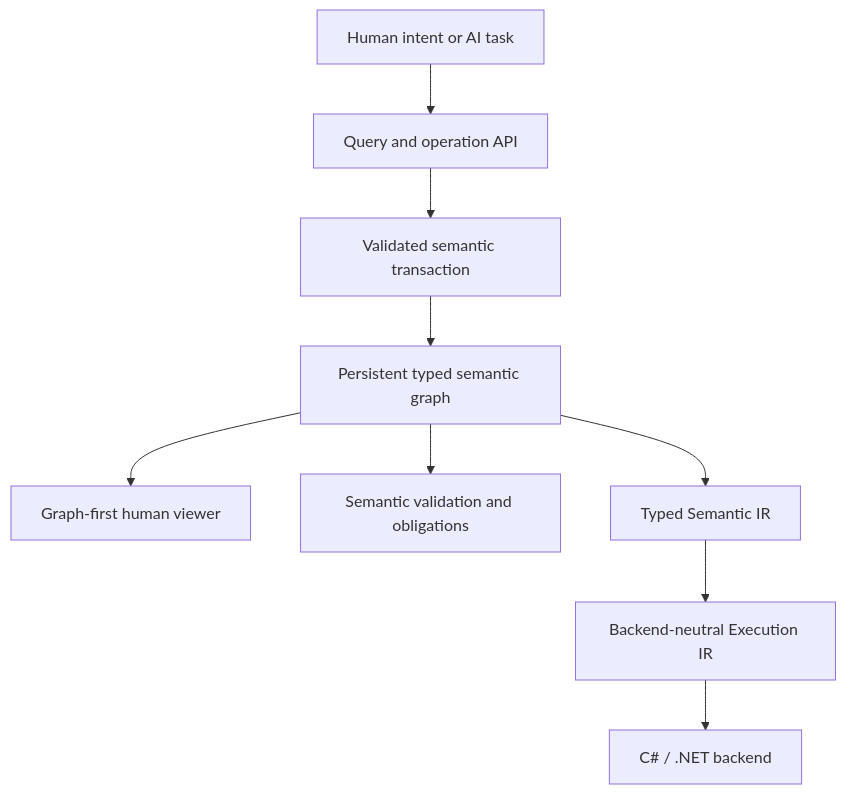
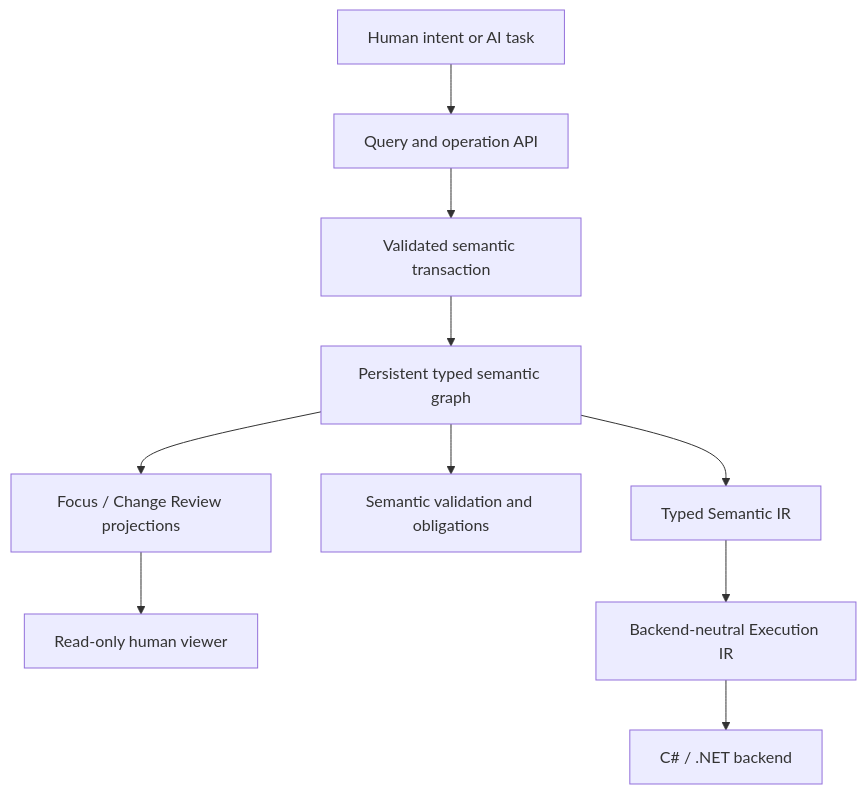
The diagram in README.md (kw4r3n/nyrwvy), drawn with Mermaid before and after one commit. The commit also changed other lines of this file and 11 other files, not shown here.

First line of the commit message:
feat(query): add verified semantic focus and change review projections

````diff
--- a/README.md
+++ b/README.md
@@ -17,11 +17,12 @@
 ```mermaid
 flowchart TD
     A[Human intent or AI task] --> B[Query and operation API]
     B --> C[Validated semantic transaction]
     C --> D[Persistent typed semantic graph]
-    D --> E[Graph-first human viewer]
-    D --> F[Semantic validation and obligations]
-    D --> G[Typed Semantic IR]
-    G --> H[Backend-neutral Execution IR]
-    H --> I[C# / .NET backend]
+    D --> E[Focus / Change Review projections]
+    E --> F[Read-only human viewer]
+    D --> G[Semantic validation and obligations]
+    D --> H[Typed Semantic IR]
+    H --> I[Backend-neutral Execution IR]
+    I --> J[C# / .NET backend]
 ```
````
